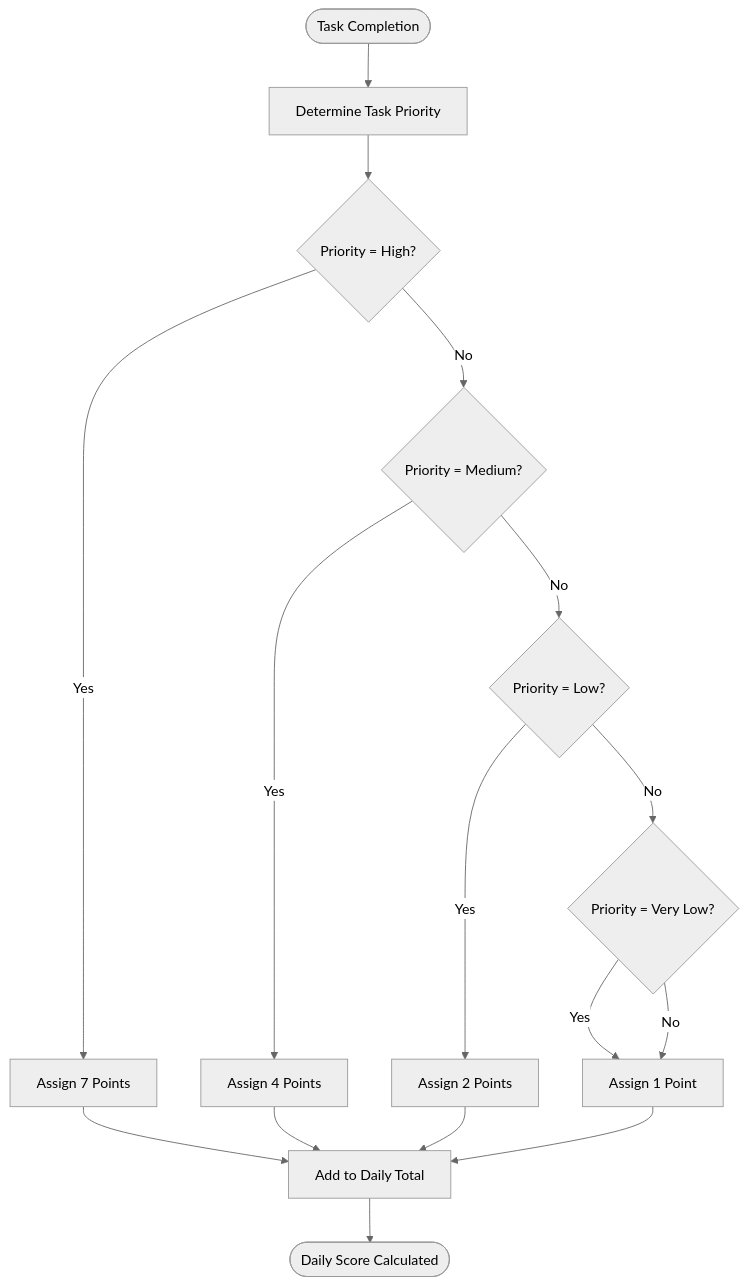
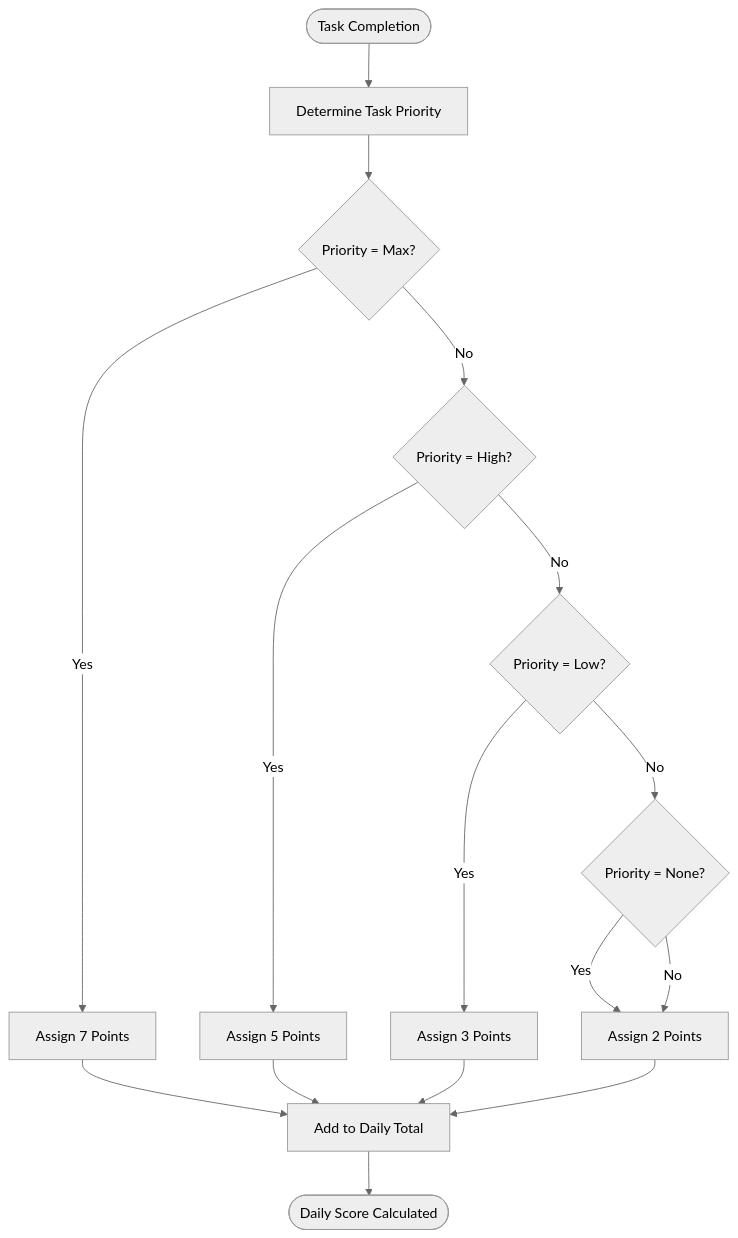
Before and after one commit to Saransh-Sharma/Tasker: the first of 4 diagrams in .qoder/repowiki/en/content/Analytics and Daily Scoring/Analytics and Daily Scoring.md, drawn with Mermaid (neutral theme). The commit also changed other lines of this file and 115 other files, not shown here.

````diff
--- a/.qoder/repowiki/en/content/Analytics and Daily Scoring/Analytics and Daily Scoring.md
+++ b/.qoder/repowiki/en/content/Analytics and Daily Scoring/Analytics and Daily Scoring.md
@@ -26,18 +38,18 @@
 ```mermaid
 flowchart TD
 Start([Task Completion]) --> PriorityCheck["Determine Task Priority"]
-PriorityCheck --> High{"Priority = High?"}
-High --> |Yes| Assign7["Assign 7 Points"]
-High --> |No| Medium{"Priority = Medium?"}
-Medium --> |Yes| Assign4["Assign 4 Points"]
-Medium --> |No| Low{"Priority = Low?"}
-Low --> |Yes| Assign2["Assign 2 Points"]
-Low --> |No| VeryLow{"Priority = Very Low?"}
-VeryLow --> |Yes| Assign1["Assign 1 Point"]
-VeryLow --> |No| Assign1["Assign 1 Point"]
+PriorityCheck --> Max{"Priority = Max?"}
+Max --> |Yes| Assign7["Assign 7 Points"]
+Max --> |No| High{"Priority = High?"}
+High --> |Yes| Assign5["Assign 5 Points"]
+High --> |No| Low{"Priority = Low?"}
+Low --> |Yes| Assign3["Assign 3 Points"]
+Low --> |No| None{"Priority = None?"}
+None --> |Yes| Assign2["Assign 2 Points"]
+None --> |No| Assign2["Assign 2 Points"]
 Assign7 --> AddToTotal["Add to Daily Total"]
-Assign4 --> AddToTotal
+Assign5 --> AddToTotal
+Assign3 --> AddToTotal
 Assign2 --> AddToTotal
-Assign1 --> AddToTotal
 AddToTotal --> End([Daily Score Calculated])
 ```
````
